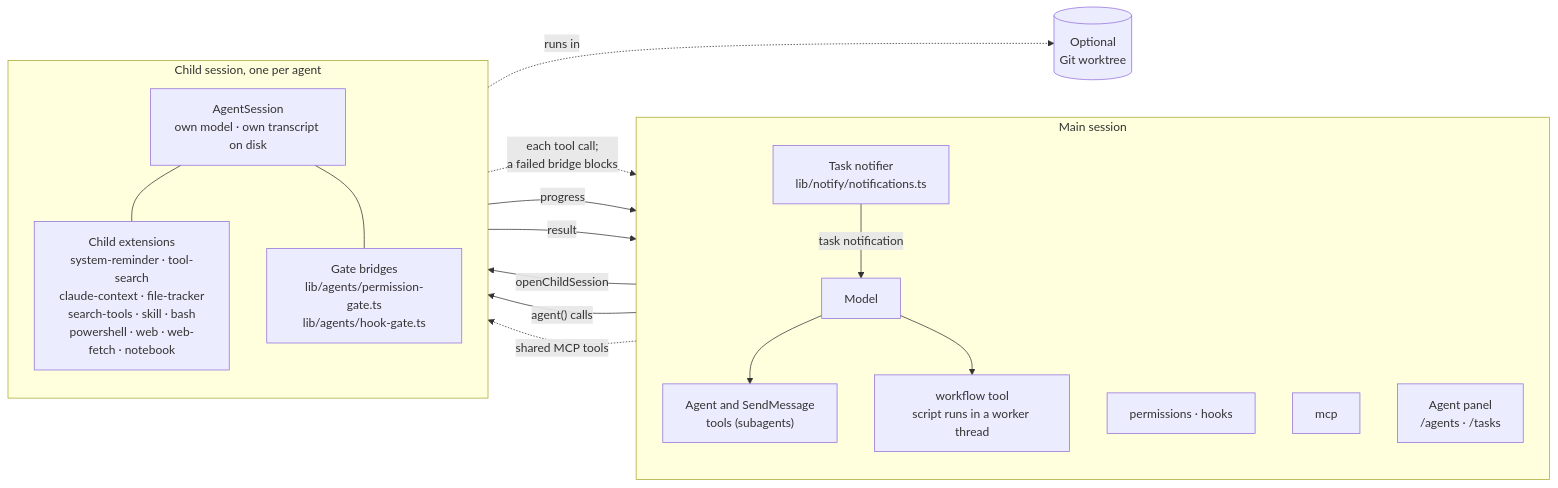
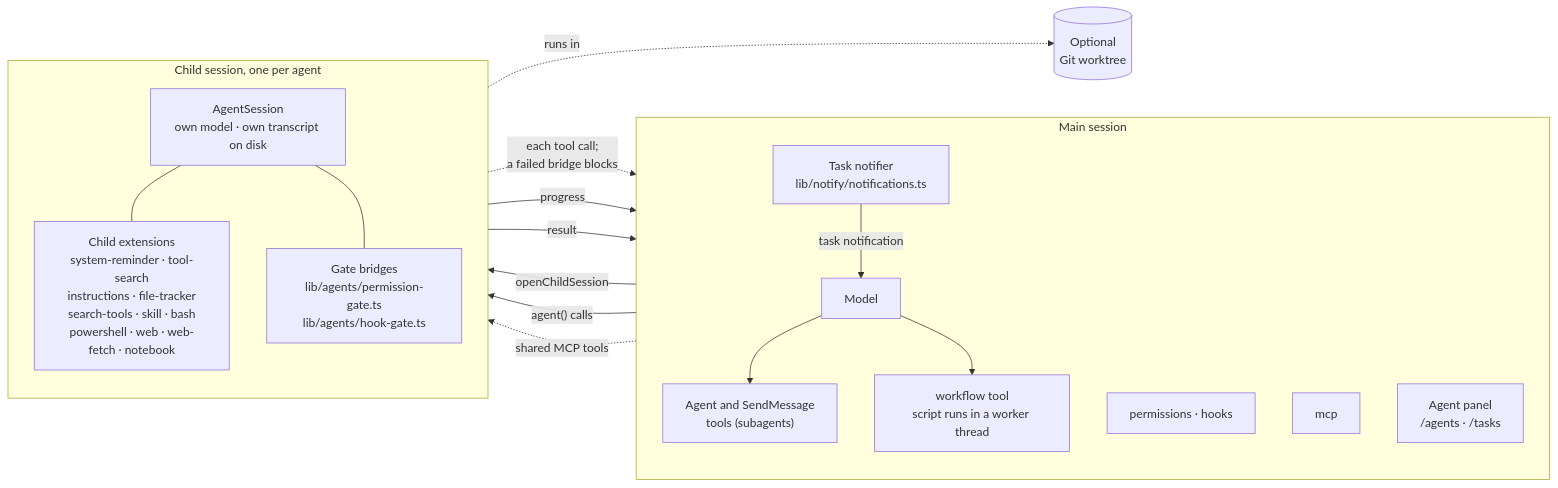
The sixth of 7 diagrams in docs/dev/architecture.md (IsuruMaduranga/one-code), drawn with Mermaid before and after one commit. The commit also changed other lines of this file and 1 other file, not shown here.

````diff
--- a/docs/dev/architecture.md
+++ b/docs/dev/architecture.md
@@ -297,35 +297,35 @@
 ```mermaid
 flowchart LR
     subgraph main["Main session"]
         direction TB
         model["Model"]
         agentTool["Agent and SendMessage<br/>tools (subagents)"]
         wfTool["workflow tool<br/>script runs in a worker thread"]
         gates["permissions · hooks"]
         mcpExt["mcp"]
         panel["Agent panel<br/>/agents · /tasks"]
         notifier["Task notifier<br/>lib/notify/notifications.ts"]
     end
 
     subgraph child["Child session, one per agent"]
         direction TB
         childLoop["AgentSession<br/>own model · own transcript on disk"]
-        childExt["Child extensions<br/>system-reminder · tool-search<br/>claude-context · file-tracker<br/>search-tools · skill · bash<br/>powershell · web · web-fetch · notebook"]
+        childExt["Child extensions<br/>system-reminder · tool-search<br/>instructions · file-tracker<br/>search-tools · skill · bash<br/>powershell · web · web-fetch · notebook"]
         childGate["Gate bridges<br/>lib/agents/permission-gate.ts<br/>lib/agents/hook-gate.ts"]
     end
 
     wtree[("Optional<br/>Git worktree")]
 
     model --> agentTool
     model --> wfTool
     agentTool -->|openChildSession| childLoop
     wfTool -->|"agent() calls"| childLoop
     mcpExt -.->|"shared MCP tools"| childLoop
     childLoop --- childExt
     childLoop --- childGate
     childGate -.->|"each tool call;<br/>a failed bridge blocks"| gates
     childLoop -->|progress| panel
     childLoop -->|result| notifier
     notifier -->|"task notification"| model
     childLoop -.->|"runs in"| wtree
 ```
````
